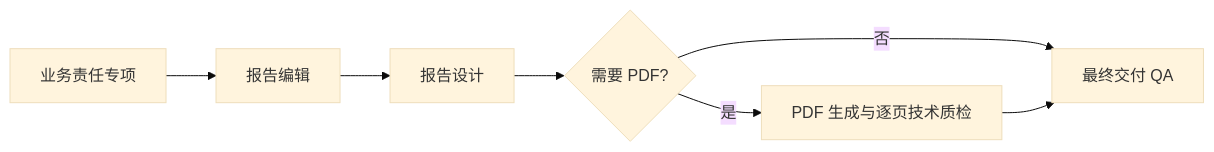
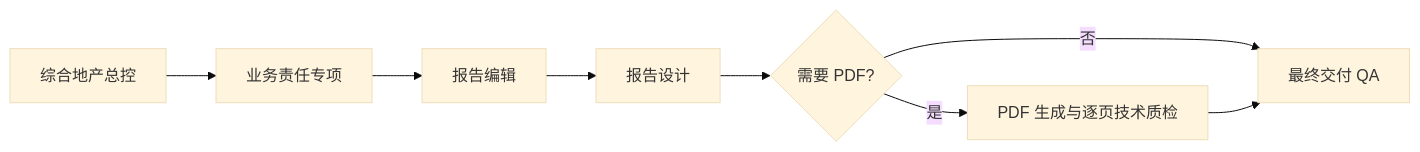
One commit to manhoolee/Hoosland-real-estate-research-toolset changed the second of 2 diagrams in docs/ARCHITECTURE.md. Above: the diagram before and after it, drawn with Mermaid (base theme). The commit also changed other lines of this file and 15 other files, not shown here.

````diff
--- a/docs/ARCHITECTURE.md
+++ b/docs/ARCHITECTURE.md
@@ -77,9 +77,10 @@
 ```mermaid
 flowchart LR
-  B[业务责任专项] --> E[报告编辑]
+  C[综合地产总控] --> B[业务责任专项]
+  B --> E[报告编辑]
   E --> D[报告设计]
   D --> P{需要 PDF?}
   P -->|是| PDF[PDF 生成与逐页技术质检]
   P -->|否| QA[最终交付 QA]
   PDF --> QA
 ```
````
